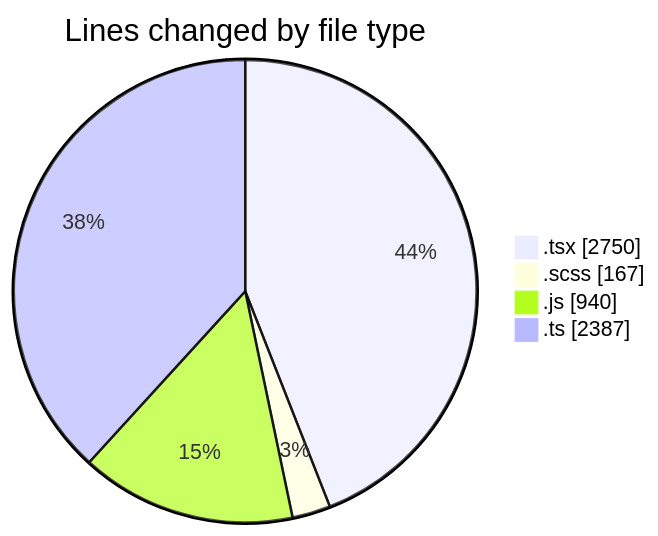
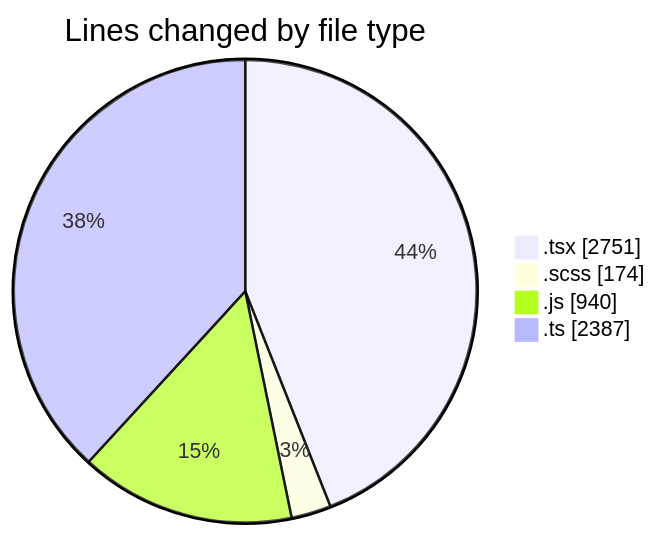
Before and after one commit to momahboobian/code-tracking: the first of 2 diagrams in 2026-07-15/cda/README.md, drawn with Mermaid. The commit also changed other lines of this file and 1 other file, not shown here.

````diff
--- a/2026-07-15/cda/README.md
+++ b/2026-07-15/cda/README.md
@@ -51,8 +51,8 @@
 ```mermaid
 pie showData
 title Lines changed by file type
-".tsx" : 2750
-".scss" : 167
+".tsx" : 2751
+".scss" : 174
 ".js" : 940
 ".ts" : 2387
 ```
````
